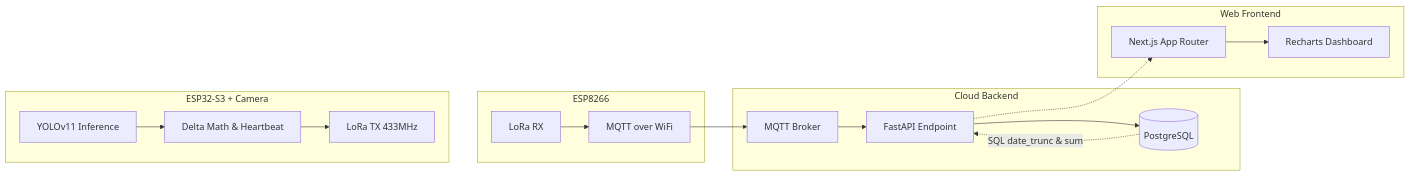
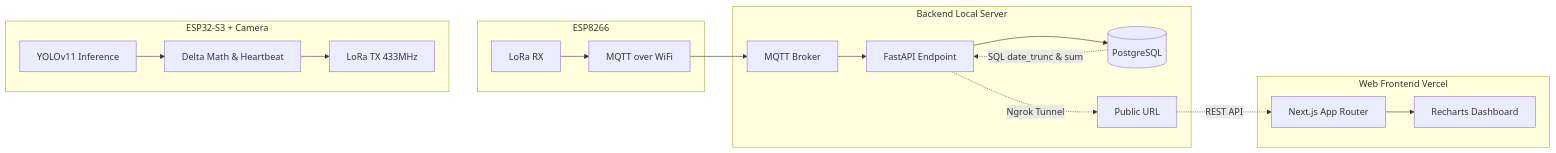
The diagram in README.md (vuhamthieu/tinyml-traffic-classifier-counter-esp32s3), drawn with Mermaid before and after one commit.

Commit message:
Finalizee

````diff
--- a/README.md
+++ b/README.md
@@ -19,25 +19,26 @@
 ```mermaid
 graph LR
     subgraph Edge Node A [ESP32-S3 + Camera]
         Y[YOLOv11 Inference] --> D[Delta Math & Heartbeat]
         D --> L[LoRa TX 433MHz]
     end
 
     subgraph Gateway Node B [ESP8266]
         LRX[LoRa RX] --> MW[MQTT over WiFi]
     end
 
-    subgraph Cloud Backend
+    subgraph Backend Local Server
         MQ[MQTT Broker] --> FA[FastAPI Endpoint]
         FA --> DB[(PostgreSQL)]
+        FA -.->|Ngrok Tunnel| NGR[Public URL]
     end
 
-    subgraph Web Frontend
+    subgraph Web Frontend Vercel
         DB -.->|SQL date_trunc & sum| FA
-        FA -.-> NJ[Next.js App Router]
+        NGR -.->|REST API| NJ[Next.js App Router]
         NJ --> R[Recharts Dashboard]
     end
 
     L ~~~ LRX
     MW --> MQ
 ```
````
